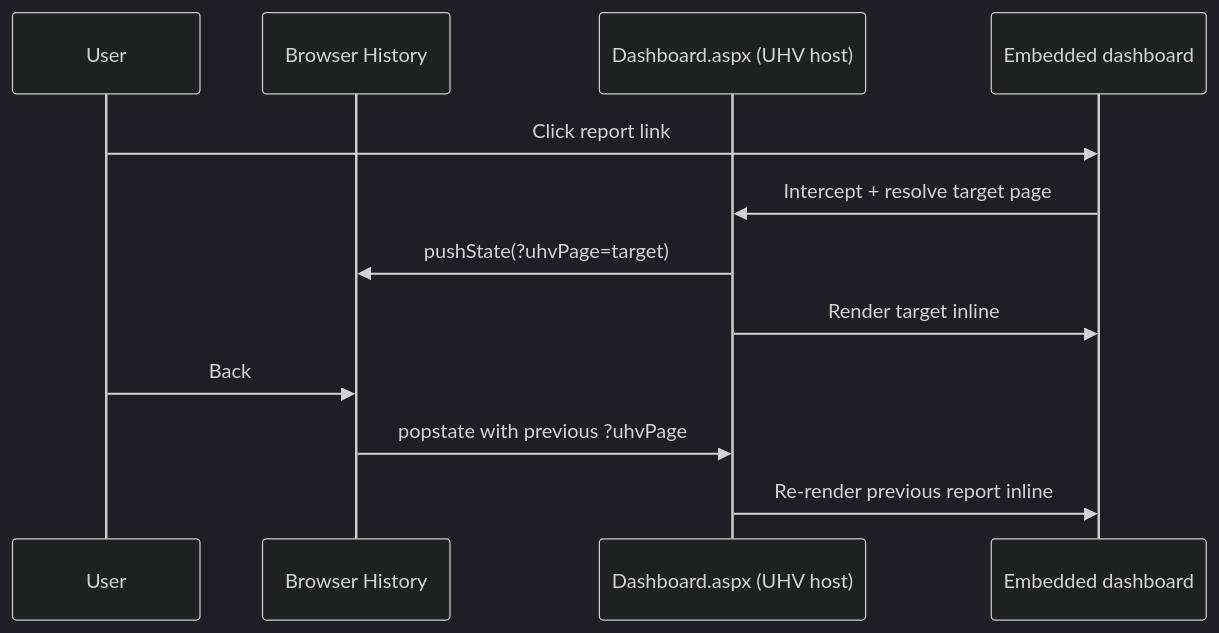
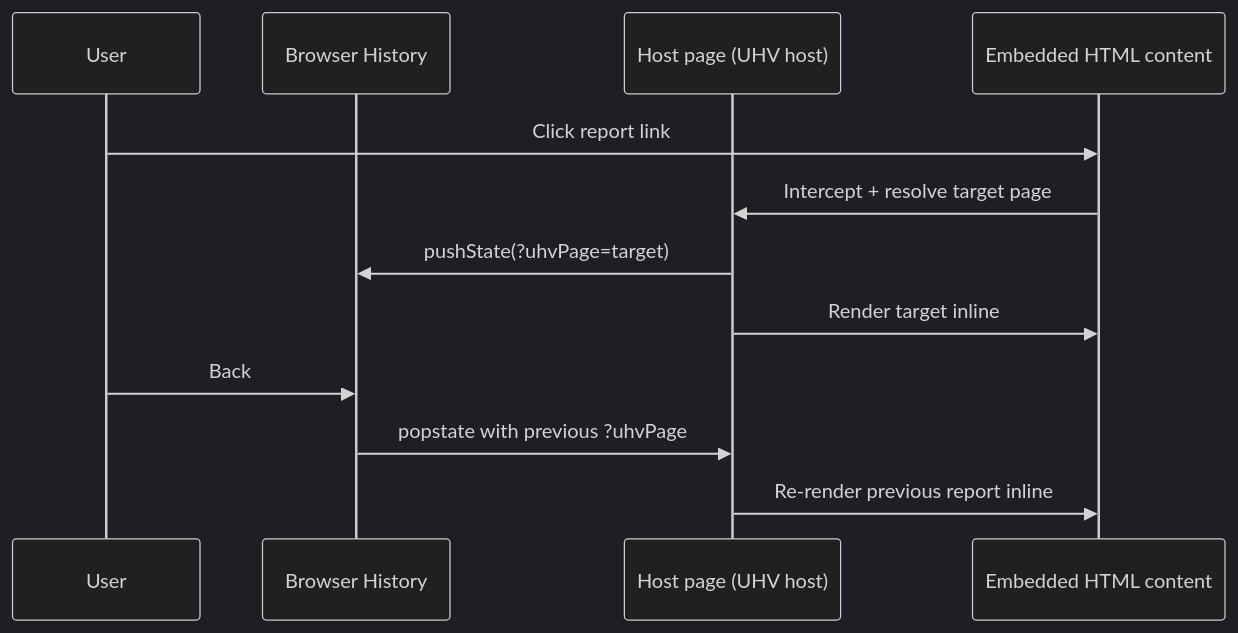
The fifth of 5 diagrams in README.md (EvotecIT/UltimateHtmlViewer), drawn with Mermaid (dark theme) before and after one commit. The commit also changed other lines of this file and 7 other files, not shown here.

````diff
--- a/README.md
+++ b/README.md
@@ -209,15 +248,15 @@
 ```mermaid
 sequenceDiagram
   participant U as User
   participant B as Browser History
-  participant H as Dashboard.aspx (UHV host)
-  participant I as Embedded dashboard
+  participant H as Host page (UHV host)
+  participant I as Embedded HTML content
 
   U->>I: Click report link
   I->>H: Intercept + resolve target page
   H->>B: pushState(?uhvPage=target)
   H->>I: Render target inline
   U->>B: Back
   B->>H: popstate with previous ?uhvPage
   H->>I: Re-render previous report inline
 ```
````
